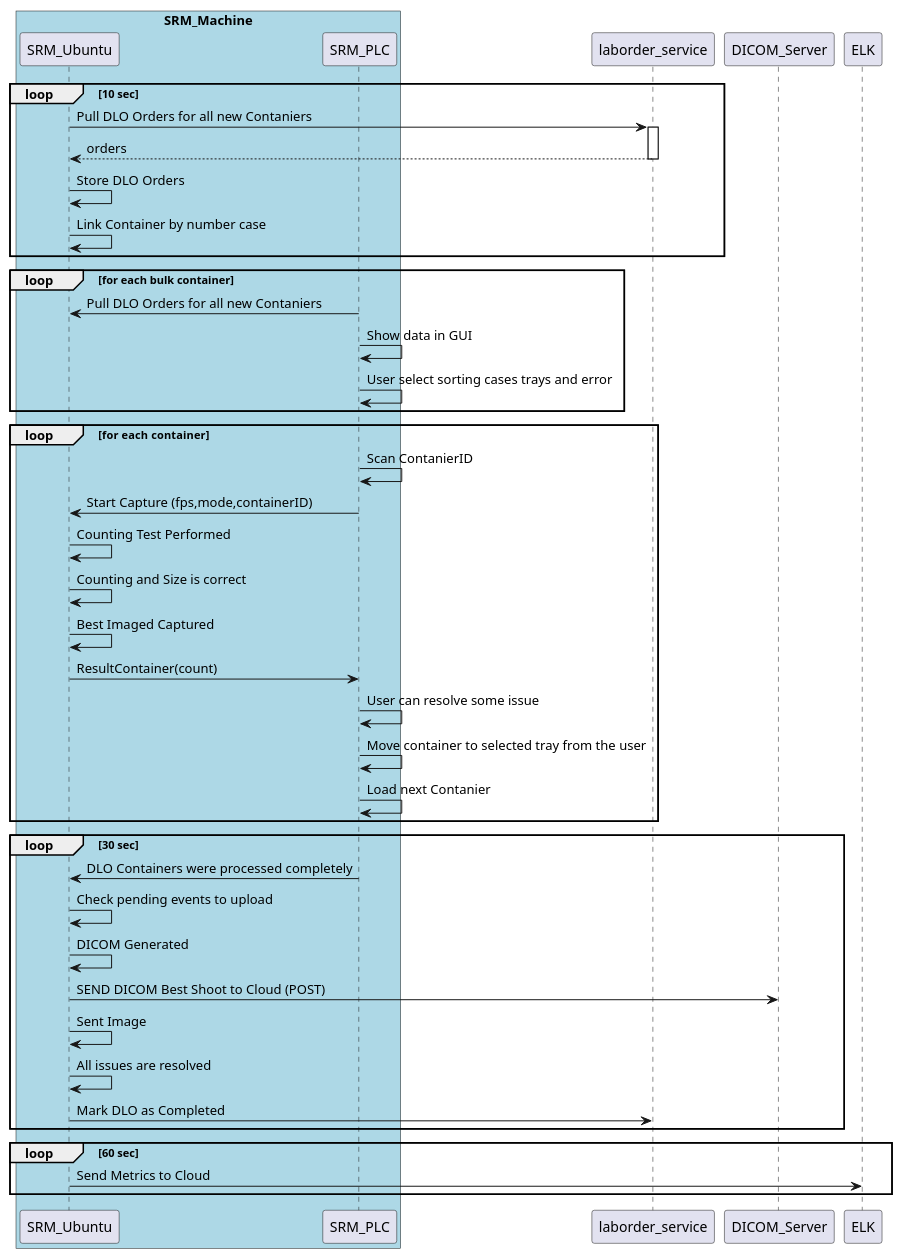
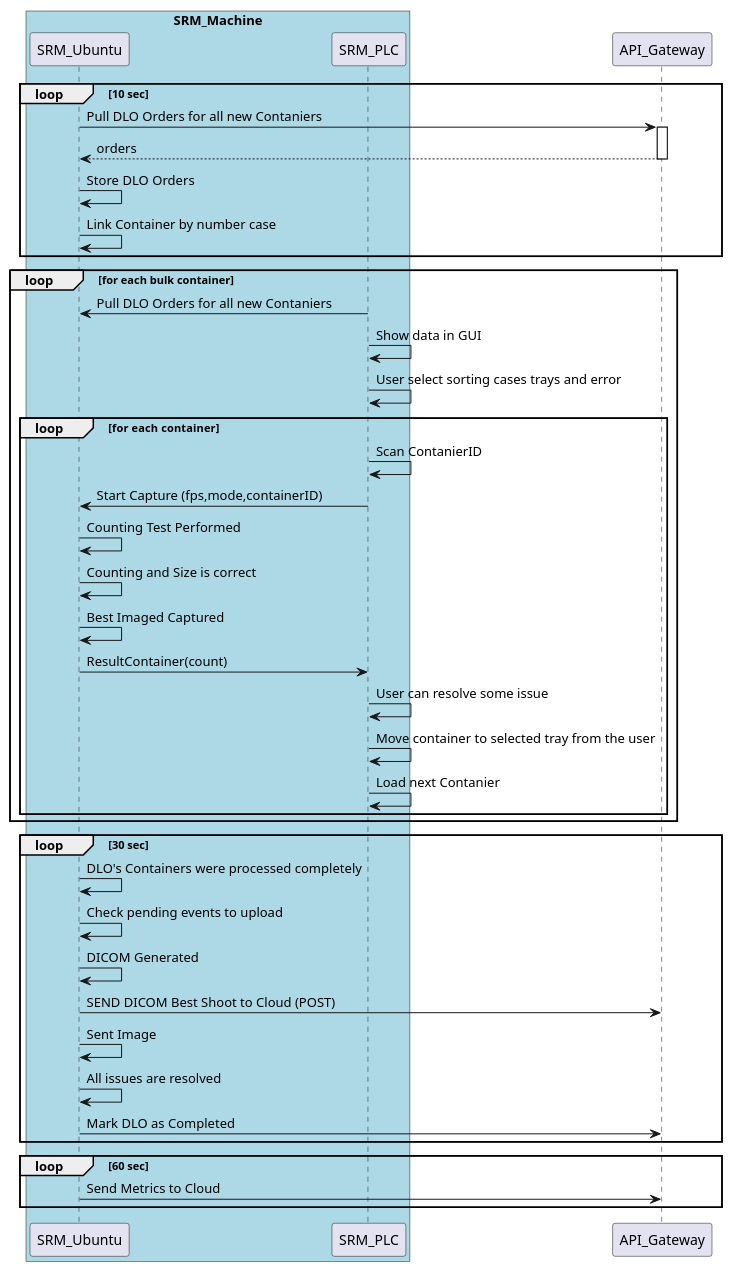
One commit to Qojgjg/playing-java-quarkus-mono changed the diagram in srm/src/plantuml/SRM_WIP.puml. Above: the diagram before and after it, drawn with PlantUML. The commit also changed 7 other files, not shown here.

```diff
--- a/srm/src/plantuml/SRM_WIP.puml
+++ b/srm/src/plantuml/SRM_WIP.puml
@@ -1,47 +1,48 @@
 @startuml
 
 box "SRM_Machine" #LightBlue
 participant SRM_Ubuntu
 participant SRM_PLC
 end box
 
 loop 10 sec
-    SRM_Ubuntu->laborder_service ++: Pull DLO Orders for all new Contaniers
+    SRM_Ubuntu->API_Gateway ++: Pull DLO Orders for all new Contaniers
     return orders
     SRM_Ubuntu->SRM_Ubuntu: Store DLO Orders
     SRM_Ubuntu->SRM_Ubuntu: Link Container by number case
 end
 
 loop for each bulk container 
 SRM_PLC->SRM_Ubuntu: Pull DLO Orders for all new Contaniers
 SRM_PLC->SRM_PLC: Show data in GUI
 SRM_PLC->SRM_PLC: User select sorting cases trays and error
-end
+
 
 loop for each  container 
 SRM_PLC->SRM_PLC: Scan ContanierID
 SRM_PLC->SRM_Ubuntu: Start Capture (fps,mode,containerID)
 SRM_Ubuntu->SRM_Ubuntu: Counting Test Performed
 SRM_Ubuntu->SRM_Ubuntu: Counting and Size is correct
 SRM_Ubuntu->SRM_Ubuntu: Best Imaged Captured
 SRM_Ubuntu->SRM_PLC: ResultContainer(count)
 SRM_PLC->SRM_PLC: User can resolve some issue
 SRM_PLC->SRM_PLC: Move container to selected tray from the user
 SRM_PLC->SRM_PLC: Load next Contanier
 end
+end
 
 
 
 loop 30 sec
-SRM_PLC->SRM_Ubuntu: DLO Containers were processed completely
+SRM_Ubuntu->SRM_Ubuntu: DLO's Containers were processed completely
     SRM_Ubuntu->SRM_Ubuntu: Check pending events to upload 
     SRM_Ubuntu->SRM_Ubuntu: DICOM Generated
-    SRM_Ubuntu->DICOM_Server: SEND DICOM Best Shoot to Cloud (POST)
+    SRM_Ubuntu->API_Gateway: SEND DICOM Best Shoot to Cloud (POST)
     SRM_Ubuntu->SRM_Ubuntu: Sent Image
         SRM_Ubuntu->SRM_Ubuntu: All issues are resolved
-    SRM_Ubuntu->laborder_service: Mark DLO as Completed
+    SRM_Ubuntu->API_Gateway: Mark DLO as Completed
 end 
 loop 60 sec
-    SRM_Ubuntu->ELK: Send Metrics to Cloud
+    SRM_Ubuntu->API_Gateway: Send Metrics to Cloud
 end 
 @enduml
```
